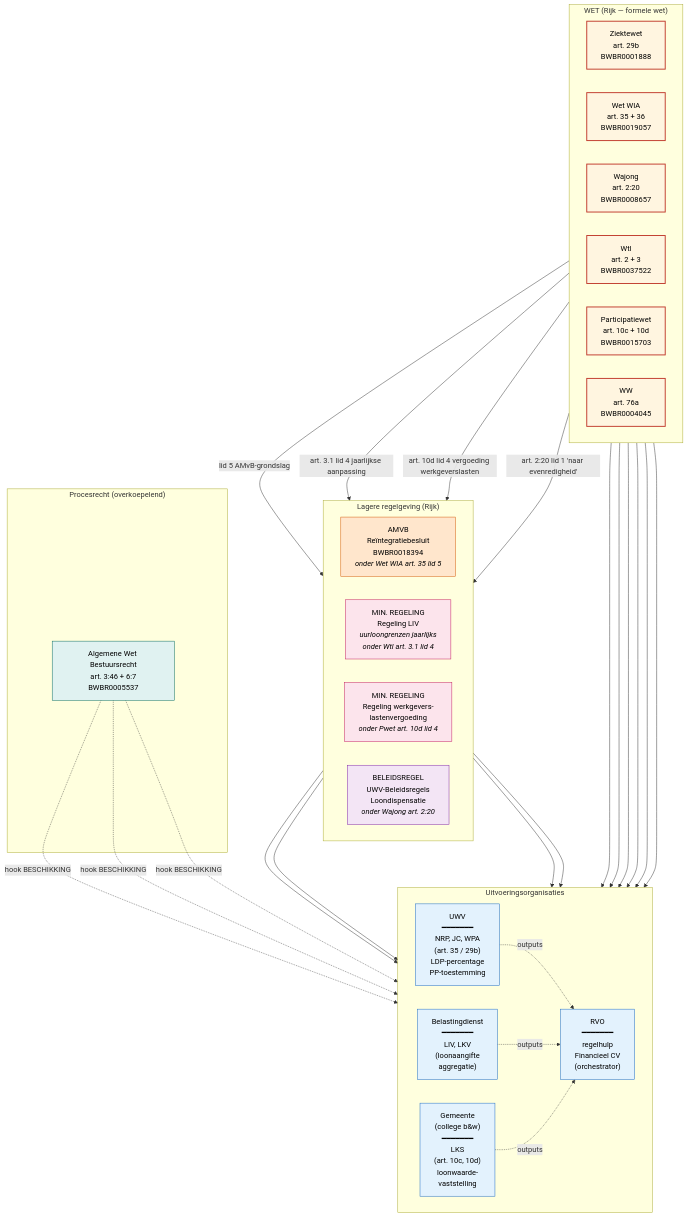
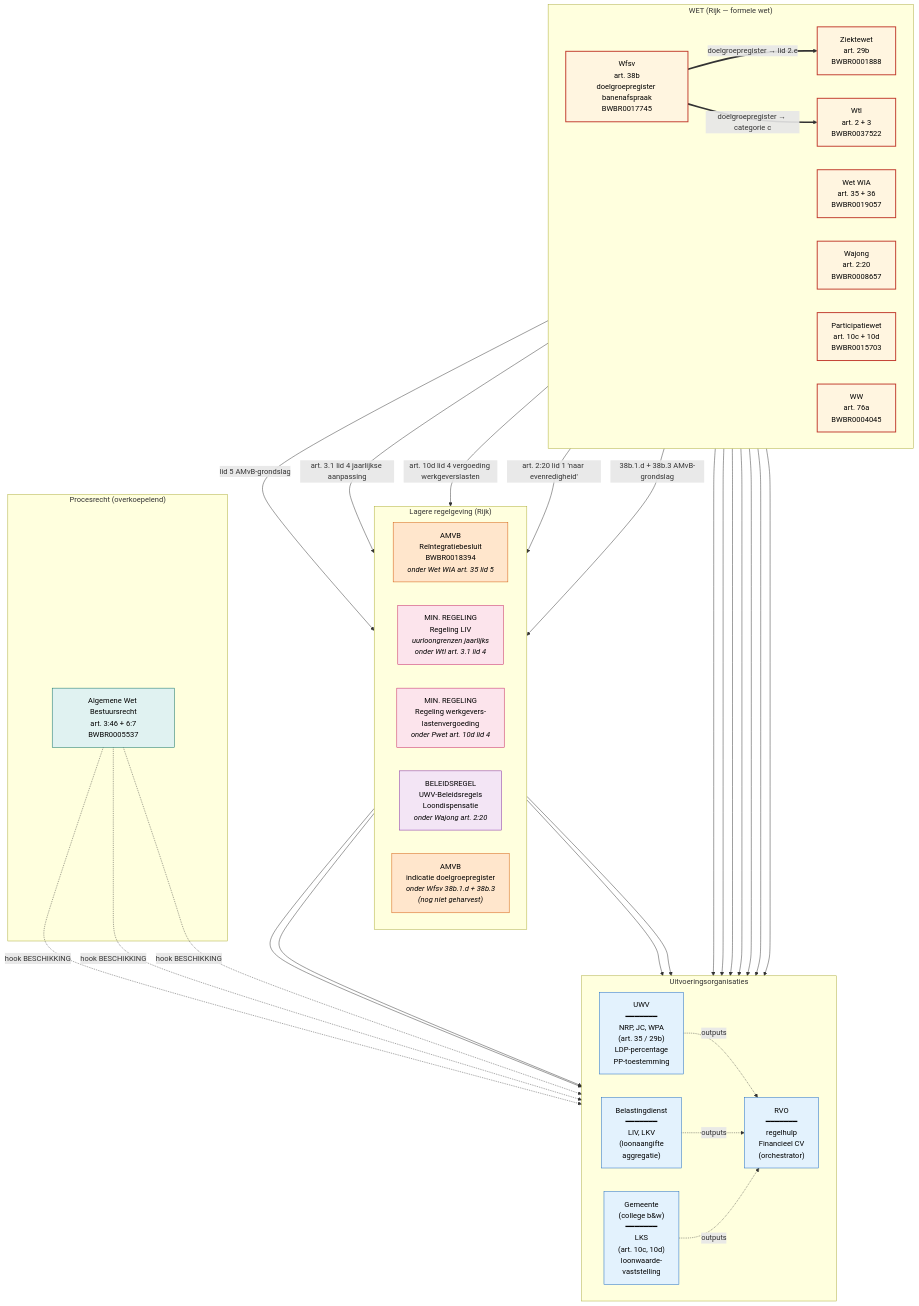
The diagram in docs/financieel-cv/stelsel-overview.md (MinBZK/regelrecht), drawn with Mermaid before and after one commit. The commit also changed other lines of this file and 24 other files, not shown here.

````diff
--- a/docs/financieel-cv/stelsel-overview.md
+++ b/docs/financieel-cv/stelsel-overview.md
@@ -8,68 +8,77 @@
 ```mermaid
 flowchart TB
   classDef wet fill:#fff5e0,stroke:#c0392b,stroke-width:2px,color:#000;
   classDef amvb fill:#ffe6cc,stroke:#d35400,color:#000;
   classDef mr fill:#fce4ec,stroke:#c2185b,color:#000;
   classDef beleid fill:#f3e5f5,stroke:#7b1fa2,color:#000;
   classDef uitvoer fill:#e3f2fd,stroke:#1565c0,color:#000;
   classDef proces fill:#e0f2f1,stroke:#00695c,color:#000;
 
   subgraph WET["WET (Rijk — formele wet)"]
     direction LR
     ZW["Ziektewet<br/>art. 29b<br/>BWBR0001888"]:::wet
     WIA["Wet WIA<br/>art. 35 + 36<br/>BWBR0019057"]:::wet
     WAJ["Wajong<br/>art. 2:20<br/>BWBR0008657"]:::wet
     WTL["Wtl<br/>art. 2 + 3<br/>BWBR0037522"]:::wet
     PWET["Participatiewet<br/>art. 10c + 10d<br/>BWBR0015703"]:::wet
     WW["WW<br/>art. 76a<br/>BWBR0004045"]:::wet
+    WFSV["Wfsv<br/>art. 38b<br/>doelgroepregister banenafspraak<br/>BWBR0017745"]:::wet
   end
 
   subgraph LAGERE["Lagere regelgeving (Rijk)"]
     direction LR
     AMVB_REI["AMVB<br/>Reïntegratiebesluit<br/>BWBR0018394<br/><i>onder Wet WIA art. 35 lid 5</i>"]:::amvb
     MR_LIV["MIN. REGELING<br/>Regeling LIV<br/><i>uurloongrenzen jaarlijks</i><br/><i>onder Wtl art. 3.1 lid 4</i>"]:::mr
     MR_WGL["MIN. REGELING<br/>Regeling werkgevers-<br/>lastenvergoeding<br/><i>onder Pwet art. 10d lid 4</i>"]:::mr
     BR_LDP["BELEIDSREGEL<br/>UWV-Beleidsregels<br/>Loondispensatie<br/><i>onder Wajong art. 2:20</i>"]:::beleid
+    AMVB_38B["AMVB<br/>indicatie doelgroepregister<br/><i>onder Wfsv 38b.1.d + 38b.3</i><br/><i>(nog niet geharvest)</i>"]:::amvb
   end
 
   subgraph PROCES["Procesrecht (overkoepelend)"]
     AWB["Algemene Wet Bestuursrecht<br/>art. 3:46 + 6:7<br/>BWBR0005537"]:::proces
   end
 
   subgraph UITVOERING["Uitvoeringsorganisaties"]
     direction LR
     UWV["UWV<br/>━━━━━━━<br/>NRP, JC, WPA<br/>(art. 35 / 29b)<br/>LDP-percentage<br/>PP-toestemming"]:::uitvoer
     BD["Belastingdienst<br/>━━━━━━━<br/>LIV, LKV<br/>(loonaangifte<br/>aggregatie)"]:::uitvoer
     GEM["Gemeente<br/>(college b&w)<br/>━━━━━━━<br/>LKS<br/>(art. 10c, 10d)<br/>loonwaarde-<br/>vaststelling"]:::uitvoer
     RVO["RVO<br/>━━━━━━━<br/>regelhulp<br/>Financieel CV<br/>(orchestrator)"]:::uitvoer
   end
 
   %% AMvB / MR / BR onder WET
   WIA -- "lid 5 AMvB-grondslag" --> AMVB_REI
   WTL -- "art. 3.1 lid 4 jaarlijkse aanpassing" --> MR_LIV
   PWET -- "art. 10d lid 4 vergoeding werkgeverslasten" --> MR_WGL
   WAJ -- "art. 2:20 lid 1 'naar evenredigheid'" --> BR_LDP
+  WFSV -- "38b.1.d + 38b.3 AMvB-grondslag" --> AMVB_38B
+
+  %% Wfsv 38b is de GEDEELDE GRONDSLAG: eenmaal gemodelleerd, cross-law
+  %% aangeroepen. NRP en LKV hangen hun banenafspraak-status hieraan op.
+  WFSV == "doelgroepregister &rarr; lid 2.e" ==> ZW
+  WFSV == "doelgroepregister &rarr; categorie c" ==> WTL
 
   %% Uitvoering consumeert WET + lagere regelgeving
   ZW --> UWV
   WIA --> UWV
   AMVB_REI --> UWV
   WAJ --> UWV
   BR_LDP --> UWV
   WW --> UWV
+  WFSV --> UWV
 
   WTL --> BD
   MR_LIV --> BD
 
   PWET --> GEM
   MR_WGL --> GEM
 
   UWV -. "outputs" .-> RVO
   BD  -. "outputs" .-> RVO
   GEM -. "outputs" .-> RVO
 
   %% AWB hooks fire op elke BESCHIKKING (alle 7 regelingen produceren BESCHIKKING TOEKENNING)
   AWB -. "hook BESCHIKKING" .-> UWV
   AWB -. "hook BESCHIKKING" .-> BD
   AWB -. "hook BESCHIKKING" .-> GEM
 ```
````
